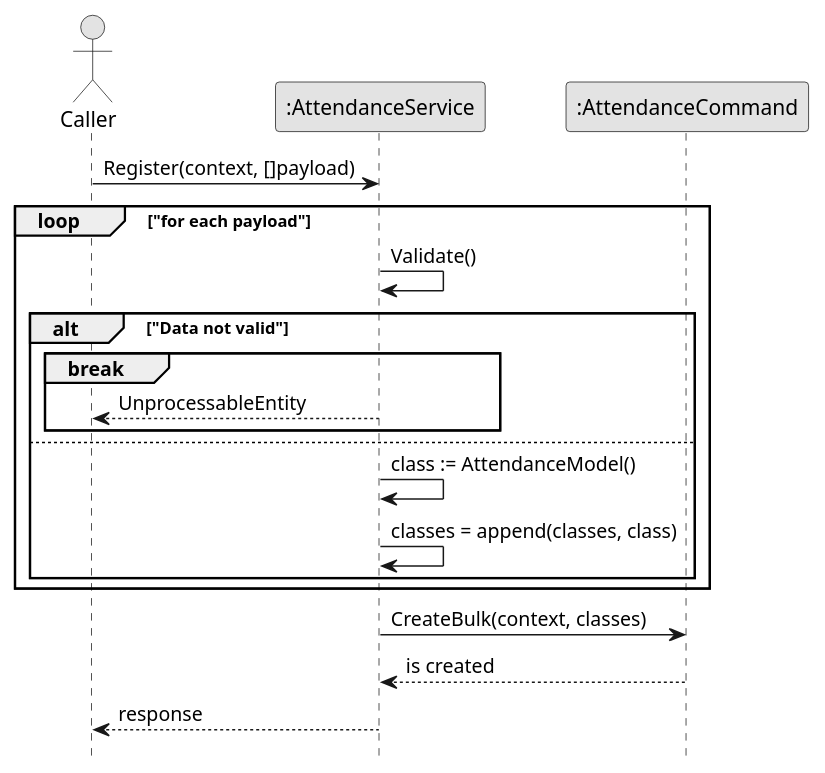
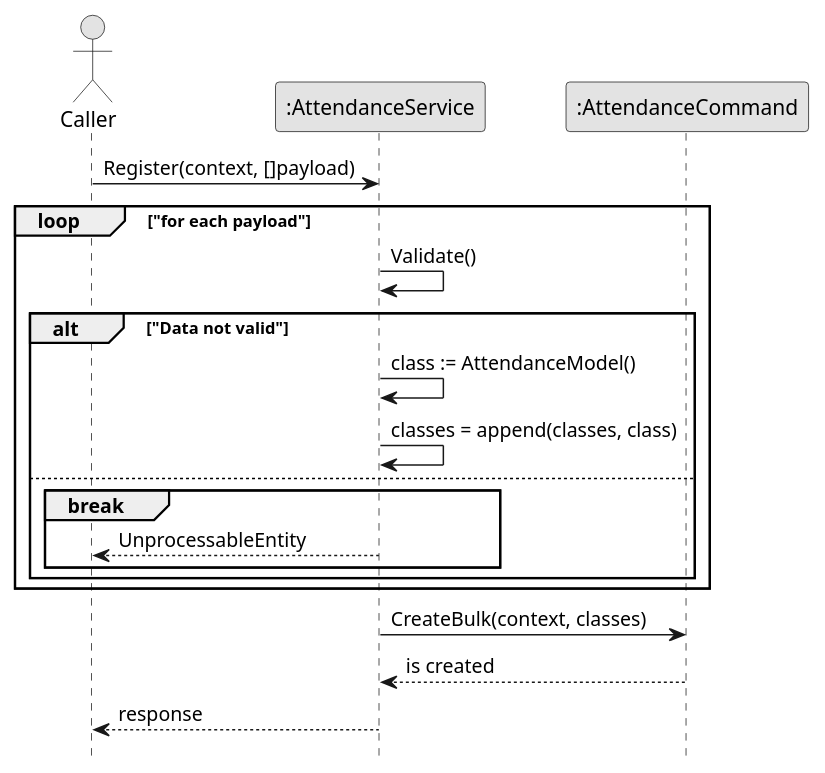
Before and after one commit to fwidjaya20/fazzlearning-uml: the diagram in Final/Sequence/Attendance/CreateAttendance.wsd, drawn with PlantUML. The commit also changed other lines of this file and 47 other files, not shown here.

```diff
--- a/Final/Sequence/Attendance/CreateAttendance.wsd
+++ b/Final/Sequence/Attendance/CreateAttendance.wsd
@@ -1,30 +1,30 @@
 @startuml CreateAttendance
 
 skinparam Monochrome true
 skinparam Shadowing false
 hide footbox
 
 actor Caller
 participant ":AttendanceService" as AttendanceService
 participant ":AttendanceCommand" as AttendanceCommand
 
 Caller->AttendanceService: Register(context, []payload)
 
 loop "for each payload"
     AttendanceService->AttendanceService: Validate()
 
     alt "Data not valid"
+        AttendanceService->AttendanceService: class := AttendanceModel()
+        AttendanceService->AttendanceService: classes = append(classes, class)
+    else
         break
             AttendanceService-->Caller: UnprocessableEntity
         end
-    else
-        AttendanceService->AttendanceService: class := AttendanceModel()
-        AttendanceService->AttendanceService: classes = append(classes, class)
     end
 end
 
 AttendanceService->AttendanceCommand: CreateBulk(context, classes)
 AttendanceCommand-->AttendanceService: is created
 AttendanceService-->Caller: response
 
 @enduml
```
